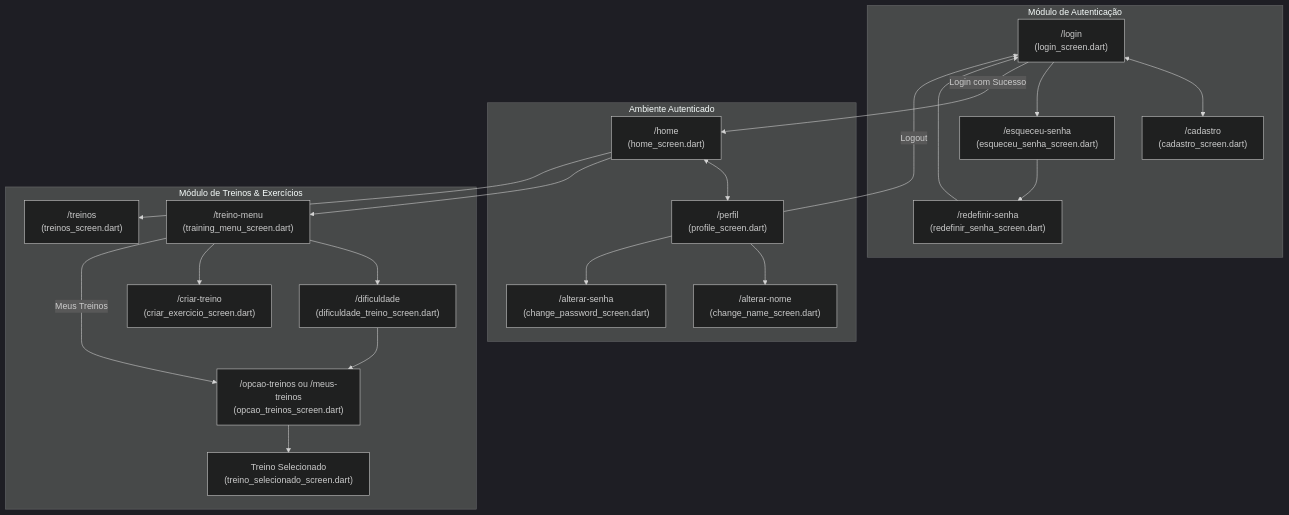
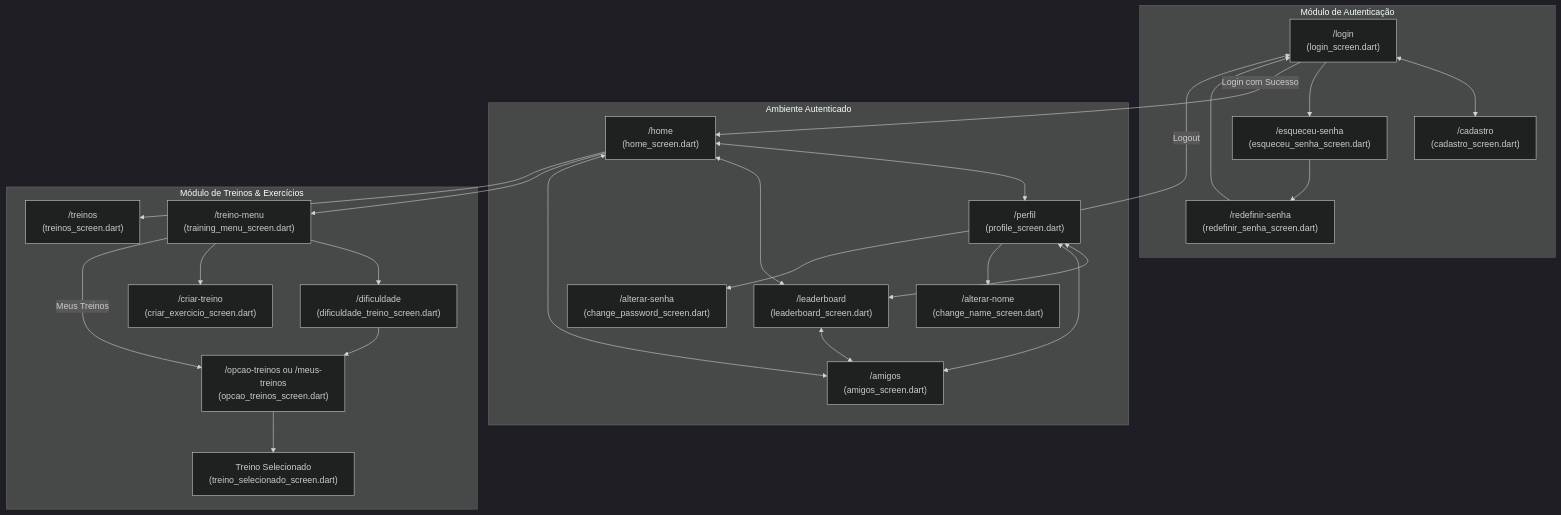
One commit to heitoroliveira75/EngSoftTrabalho_Personal_TrainerIA changed the diagram in lib/screens/SCREENS_CONTEXT.md. Above: the diagram before and after it, drawn with Mermaid (dark theme). The commit also changed other lines of this file and 13 other files, not shown here.

````diff
--- a/lib/screens/SCREENS_CONTEXT.md
+++ b/lib/screens/SCREENS_CONTEXT.md
@@ -19,40 +19,47 @@
 ```mermaid
 flowchart TD
     subgraph AuthModule["Módulo de Autenticação"]
         Login["/login\n(login_screen.dart)"]
         Cadastro["/cadastro\n(cadastro_screen.dart)"]
         Esqueceu["/esqueceu-senha\n(esqueceu_senha_screen.dart)"]
         Redefinir["/redefinir-senha\n(redefinir_senha_screen.dart)"]
 
         Login <--> Cadastro
         Login --> Esqueceu --> Redefinir --> Login
     end
 
     subgraph MainApp["Ambiente Autenticado"]
         Home["/home\n(home_screen.dart)"]
         Perfil["/perfil\n(profile_screen.dart)"]
         AltNome["/alterar-nome\n(change_name_screen.dart)"]
         AltSenha["/alterar-senha\n(change_password_screen.dart)"]
+        Leaderboard["/leaderboard\n(leaderboard_screen.dart)"]
+        Amigos["/amigos\n(amigos_screen.dart)"]
         
         Login -->|Login com Sucesso| Home
         Home <--> Perfil
+        Home <--> Leaderboard
+        Home <--> Amigos
+        Perfil <--> Leaderboard
+        Perfil <--> Amigos
+        Leaderboard <--> Amigos
         Perfil --> AltNome
         Perfil --> AltSenha
         Perfil -->|Logout| Login
     end
 
     subgraph WorkoutModule["Módulo de Treinos & Exercícios"]
         MenuTreinos["/treino-menu\n(training_menu_screen.dart)"]
         Dificuldade["/dificuldade\n(dificuldade_treino_screen.dart)"]
         OpcaoTreinos["/opcao-treinos ou /meus-treinos\n(opcao_treinos_screen.dart)"]
         CriarTreino["/criar-treino\n(criar_exercicio_screen.dart)"]
         TreinoSelecionado["Treino Selecionado\n(treino_selecionado_screen.dart)"]
         TreinosCat["/treinos\n(treinos_screen.dart)"]
 
         Home --> MenuTreinos
         Home --> TreinosCat
         MenuTreinos --> Dificuldade --> OpcaoTreinos --> TreinoSelecionado
         MenuTreinos --> CriarTreino
         MenuTreinos -->|Meus Treinos| OpcaoTreinos
     end
 ```
````
